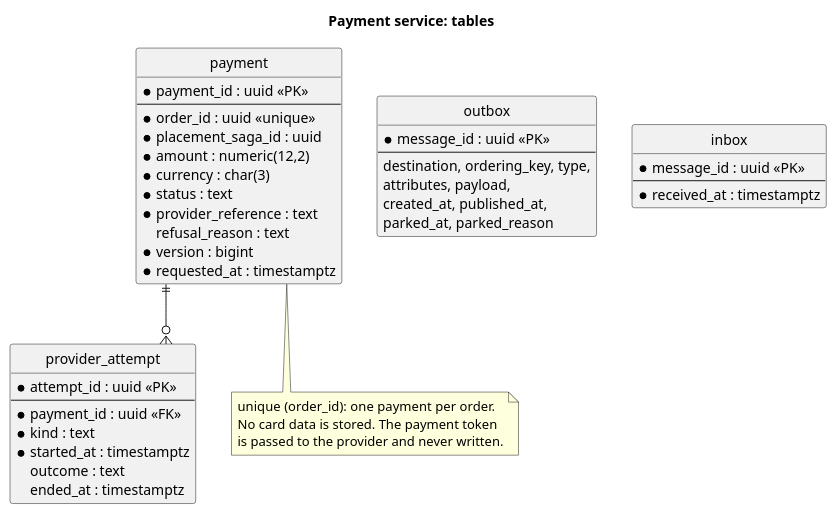
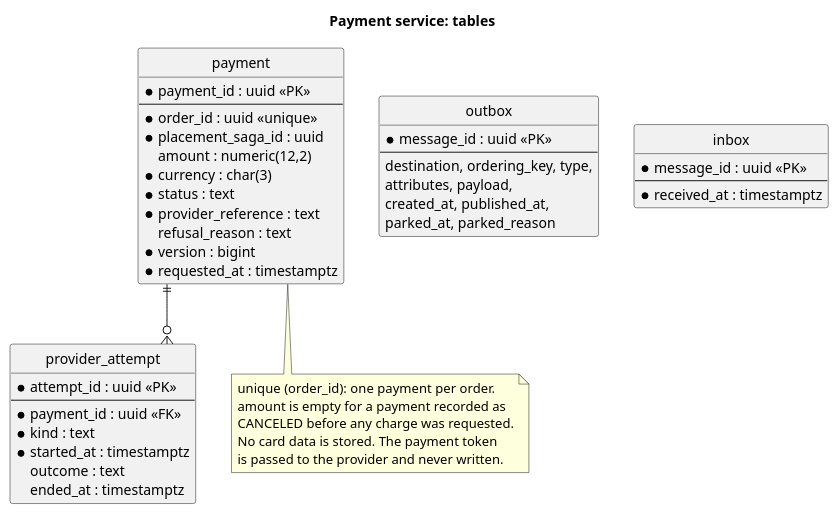
Before and after one commit to AxeloLabs/alten-commerce-platform: the diagram in doc/2-spec/02-domain-design/diagrams/er-payment.puml, drawn with PlantUML. The commit also changed 15 other files, not shown here.

```diff
--- a/doc/2-spec/02-domain-design/diagrams/er-payment.puml
+++ b/doc/2-spec/02-domain-design/diagrams/er-payment.puml
@@ -1,49 +1,51 @@
 @startuml
 title Payment service: tables
 hide circle
 skinparam linetype ortho
 
 entity payment {
   * payment_id : uuid <<PK>>
   --
   * order_id : uuid <<unique>>
   * placement_saga_id : uuid
-  * amount : numeric(12,2)
+  amount : numeric(12,2)
   * currency : char(3)
   * status : text
   * provider_reference : text
   refusal_reason : text
   * version : bigint
   * requested_at : timestamptz
 }
 entity provider_attempt {
   * attempt_id : uuid <<PK>>
   --
   * payment_id : uuid <<FK>>
   * kind : text
   * started_at : timestamptz
   outcome : text
   ended_at : timestamptz
 }
 entity outbox {
   * message_id : uuid <<PK>>
   --
   destination, ordering_key, type,
   attributes, payload,
   created_at, published_at,
   parked_at, parked_reason
 }
 entity inbox {
   * message_id : uuid <<PK>>
   --
   * received_at : timestamptz
 }
 
 payment ||--o{ provider_attempt
 
 note bottom of payment
   unique (order_id): one payment per order.
+  amount is empty for a payment recorded as
+  CANCELED before any charge was requested.
   No card data is stored. The payment token
   is passed to the provider and never written.
 end note
 @enduml
```
